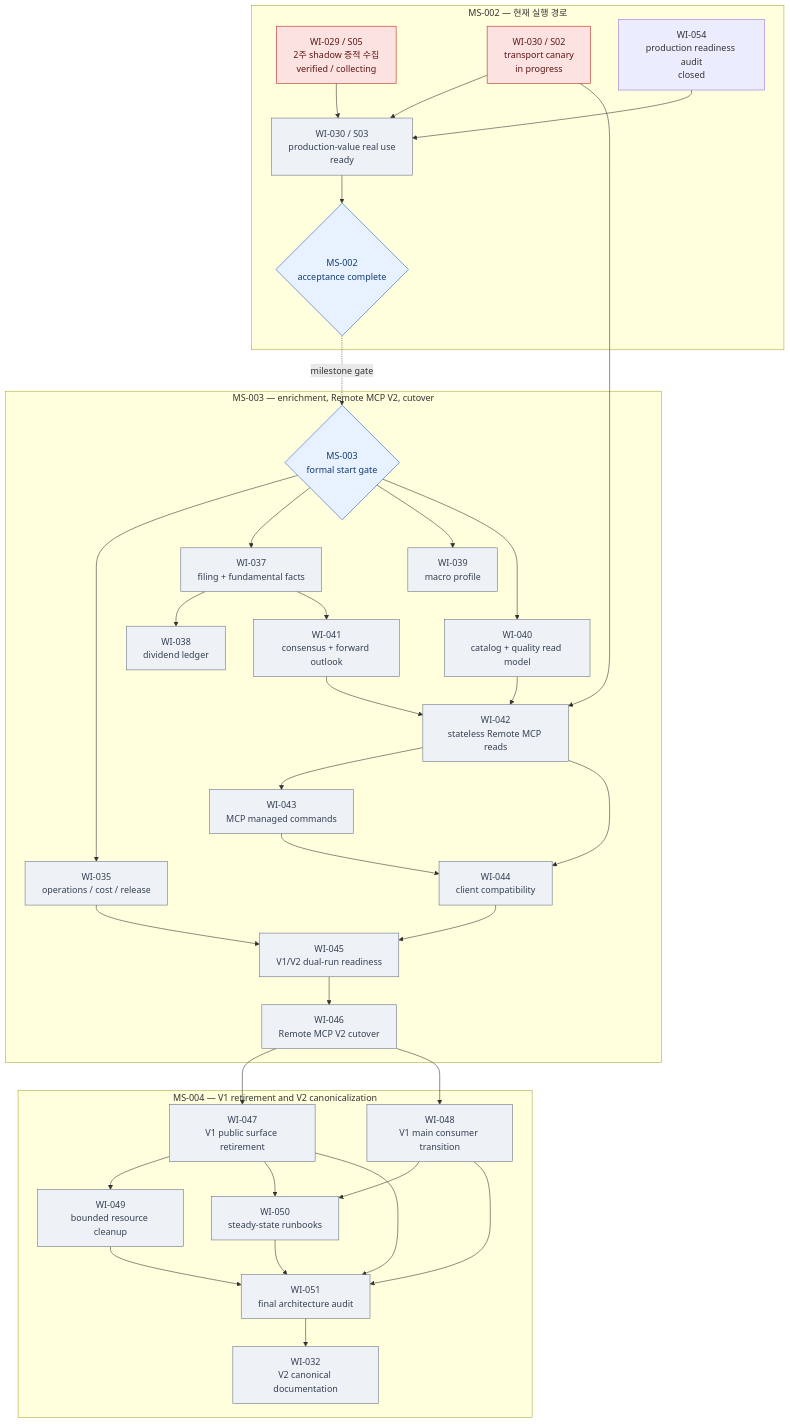
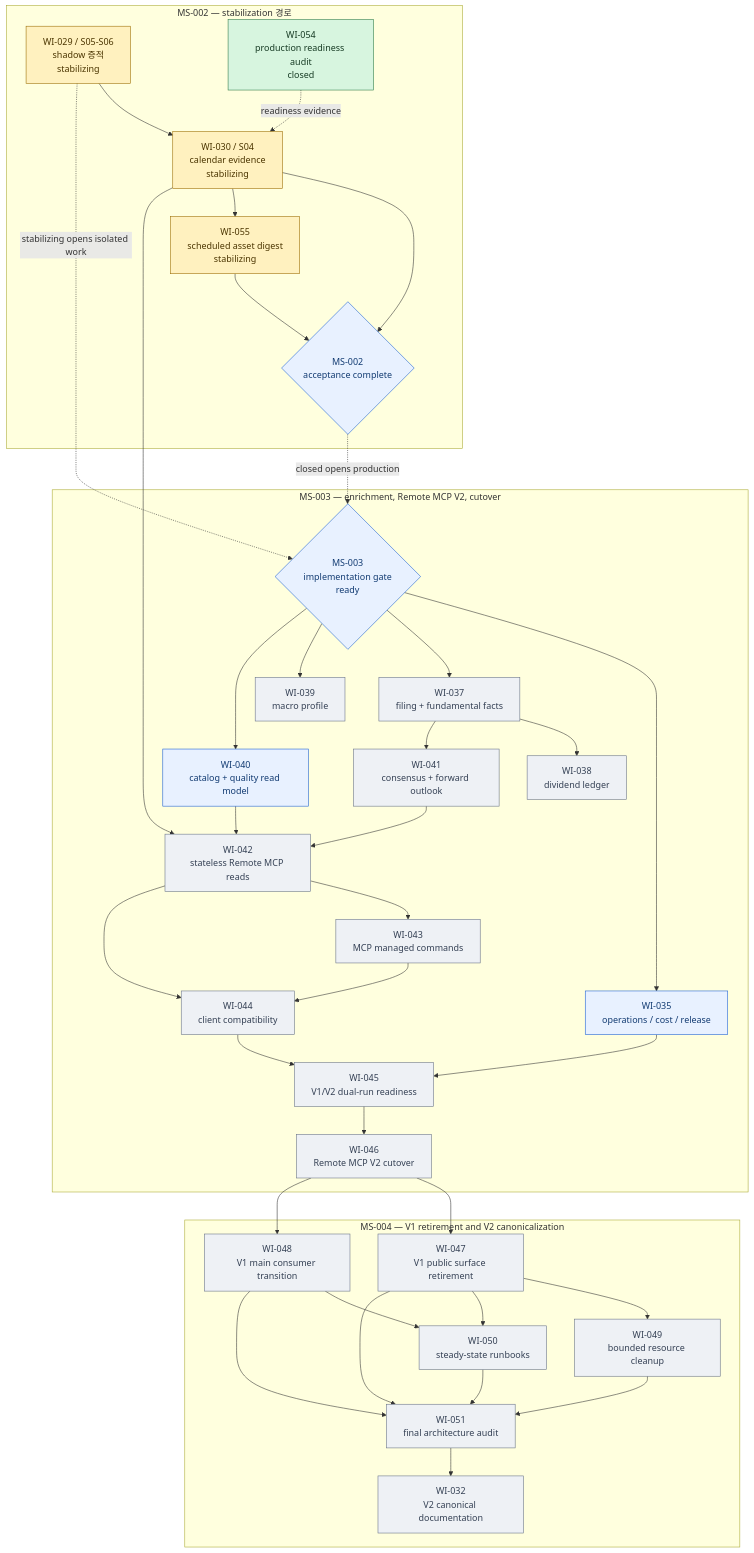
The third of 3 diagrams in docs/milestones/README.md (meringue5/KIS_Portfolio_MCP), drawn with Mermaid before and after one commit. The commit also changed other lines of this file and 16 other files, not shown here.

````diff
--- a/docs/milestones/README.md
+++ b/docs/milestones/README.md
@@ -138,75 +140,79 @@
 ```mermaid
 flowchart TB
-    subgraph M2["MS-002 — 현재 실행 경로"]
-        W29["WI-029 / S05<br/>2주 shadow 증적 수집<br/>verified / collecting"]
-        W30["WI-030 / S02<br/>transport canary<br/>in progress"]
+    subgraph M2["MS-002 — stabilization 경로"]
+        W29["WI-029 / S05-S06<br/>shadow 증적<br/>stabilizing"]
+        W30["WI-030 / S04<br/>calendar evidence<br/>stabilizing"]
         W54["WI-054<br/>production readiness audit<br/>closed"]
-        W30S3["WI-030 / S03<br/>production-value real use<br/>ready"]
+        W55["WI-055<br/>scheduled asset digest<br/>stabilizing"]
         M2DONE{"MS-002<br/>acceptance complete"}
-        W29 --> W30S3
-        W30 --> W30S3
-        W54 --> W30S3 --> M2DONE
+        W29 --> W30 --> M2DONE
+        W30 --> W55 --> M2DONE
+        W54 -. readiness evidence .-> W30
     end
 
     subgraph M3["MS-003 — enrichment, Remote MCP V2, cutover"]
-        M3OPEN{"MS-003<br/>formal start gate"}
+        M3OPEN{"MS-003<br/>implementation gate<br/>ready"}
         W35["WI-035<br/>operations / cost / release"]
         W37["WI-037<br/>filing + fundamental facts"]
         W38["WI-038<br/>dividend ledger"]
         W39["WI-039<br/>macro profile"]
         W40["WI-040<br/>catalog + quality read model"]
         W41["WI-041<br/>consensus + forward outlook"]
         W42["WI-042<br/>stateless Remote MCP reads"]
         W43["WI-043<br/>MCP managed commands"]
         W44["WI-044<br/>client compatibility"]
         W45["WI-045<br/>V1/V2 dual-run readiness"]
         W46["WI-046<br/>Remote MCP V2 cutover"]
 
         M3OPEN --> W35
         M3OPEN --> W37
         M3OPEN --> W39
         M3OPEN --> W40
         W37 --> W38
         W37 --> W41
         W30 --> W42
         W40 --> W42
         W41 --> W42
         W42 --> W43
         W42 --> W44
         W43 --> W44
         W35 --> W45
         W44 --> W45 --> W46
     end
 
     subgraph M4["MS-004 — V1 retirement and V2 canonicalization"]
         W47["WI-047<br/>V1 public surface retirement"]
         W48["WI-048<br/>V1 main consumer transition"]
         W49["WI-049<br/>bounded resource cleanup"]
         W50["WI-050<br/>steady-state runbooks"]
         W51["WI-051<br/>final architecture audit"]
         W32["WI-032<br/>V2 canonical documentation"]
 
         W46 --> W47
         W46 --> W48
         W47 --> W49
         W47 --> W50
         W48 --> W50
         W47 --> W51
         W48 --> W51
         W49 --> W51
         W50 --> W51
         W51 --> W32
     end
 
-    M2DONE -. milestone gate .-> M3OPEN
+    W29 -. stabilizing opens isolated work .-> M3OPEN
+    M2DONE -. closed opens production .-> M3OPEN
 
     classDef active fill:#fff1bf,stroke:#9a6b00,color:#4b3500;
+    classDef closed fill:#d7f5df,stroke:#2d7a46,color:#173b24;
+    classDef ready fill:#e8f1ff,stroke:#175cd3,color:#123b72;
     classDef blocked fill:#fde2e2,stroke:#b42318,color:#5b1712;
     classDef proposed fill:#eef1f5,stroke:#667085,color:#344054;
     classDef gate fill:#e8f1ff,stroke:#175cd3,color:#123b72;
-    class W29,W30 blocked;
+    class W29,W30 active;
     class W54 closed;
-    class W30S3 proposed;
-    class W35,W37,W38,W39,W40,W41,W42,W43,W44,W45,W46,W47,W48,W49,W50,W51,W32 proposed;
+    class W55 active;
+    class W35,W40 ready;
+    class W37,W38,W39,W41,W42,W43,W44,W45,W46,W47,W48,W49,W50,W51,W32 proposed;
     class M2DONE,M3OPEN gate;
 ```
````
